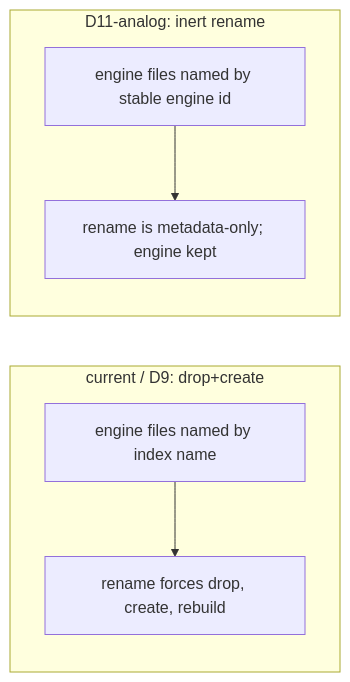
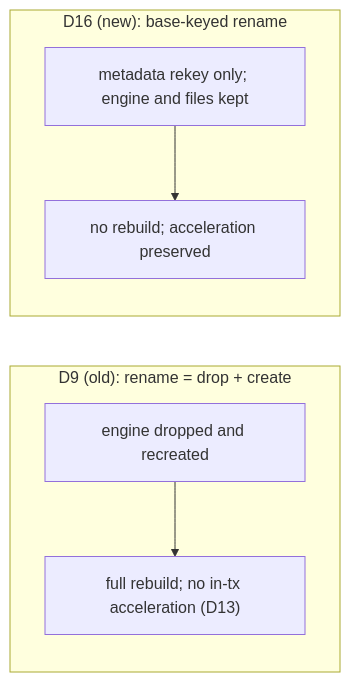
One commit to JetBrains/youtrackdb changed the sixth of 6 diagrams in docs/adr/transactional-schema/_workflow/decision-log.md. Above: the diagram before and after it, drawn with Mermaid. The commit also changed other lines of this file, not shown here.

Commit message:
Add F29 + D16: stable-base-keyed engine files (inert index rename), resolve Q11

````diff
--- a/docs/adr/transactional-schema/_workflow/decision-log.md
+++ b/docs/adr/transactional-schema/_workflow/decision-log.md
@@ -685,9 +737,9 @@
 ```mermaid
 flowchart LR
-  subgraph now["current / D9: drop+create"]
-    n1["engine files named by index name"] --> n2["rename forces drop, create, rebuild"]
+  subgraph d9["D9 (old): rename = drop + create"]
+    o1["engine dropped and recreated"] --> o2["full rebuild; no in-tx acceleration (D13)"]
   end
-  subgraph alt["D11-analog: inert rename"]
-    a1["engine files named by stable engine id"] --> a2["rename is metadata-only; engine kept"]
+  subgraph d16["D16 (new): base-keyed rename"]
+    n1["metadata rekey only; engine and files kept"] --> n2["no rebuild; acceleration preserved"]
   end
 ```
````
